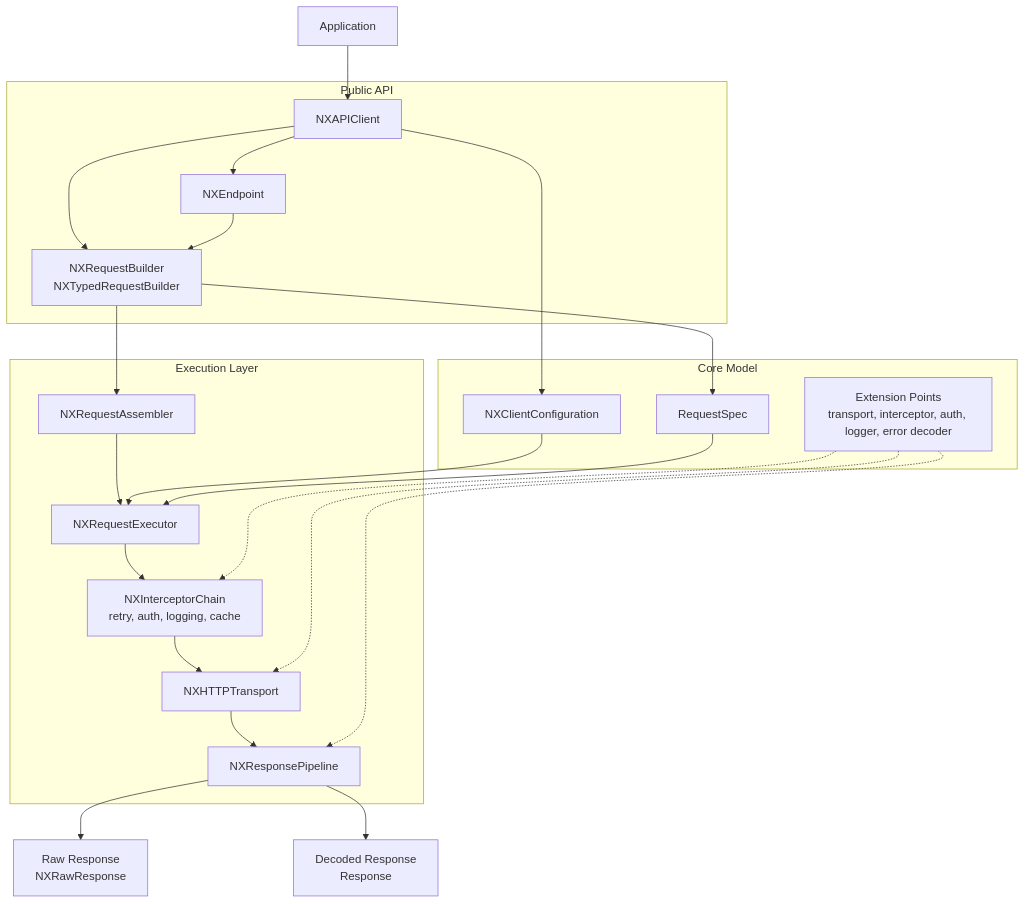
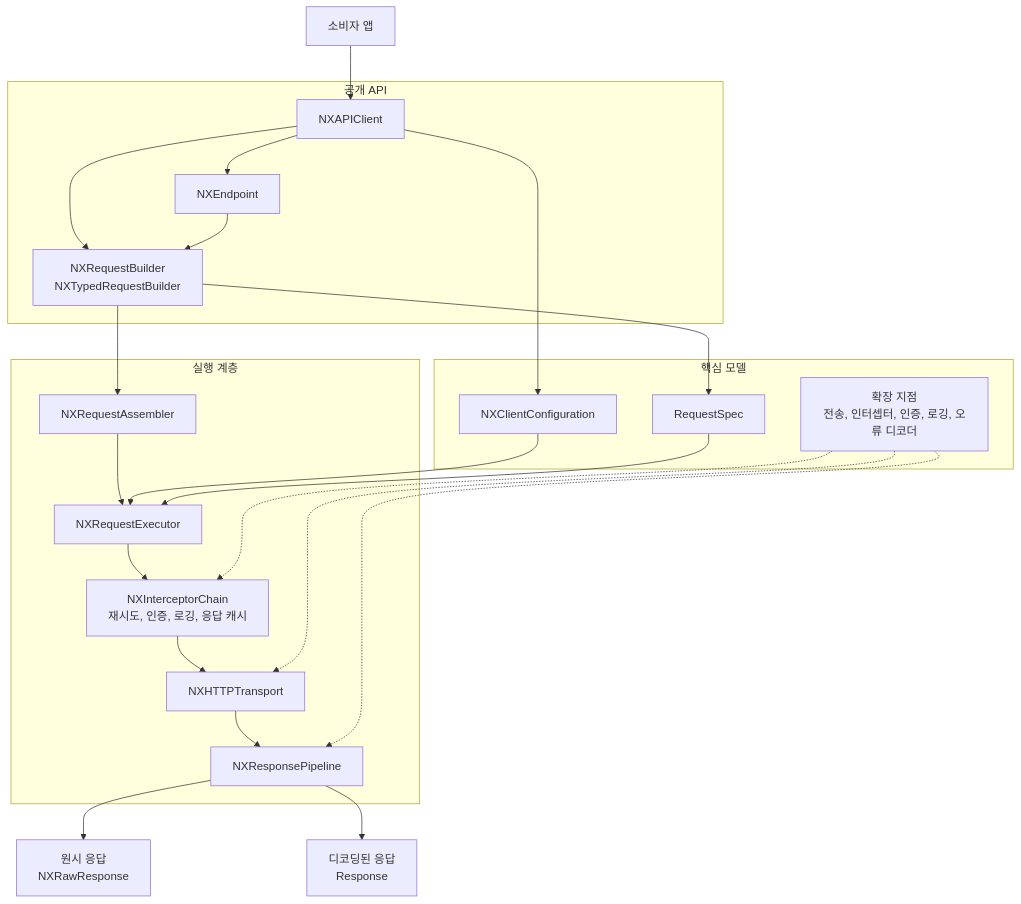
Before and after one commit to opficdev/Nexa: the diagram in README.md, drawn with Mermaid. The commit also changed other lines of this file and 5 other files, not shown here.

````diff
--- a/README.md
+++ b/README.md
@@ -179,41 +179,41 @@
 ```mermaid
 flowchart TB
-    application[Application] --> client[NXAPIClient]
+    application[소비자 앱] --> client[NXAPIClient]
 
-    subgraph publicAPI[Public API]
+    subgraph publicAPI[공개 API]
         client
         builder[NXRequestBuilder<br/>NXTypedRequestBuilder]
         endpoint[NXEndpoint]
         client --> builder
         client --> endpoint
         endpoint --> builder
     end
 
-    subgraph core[Core Model]
+    subgraph core[핵심 모델]
         configuration[NXClientConfiguration]
         requestSpec[RequestSpec]
-        extensionPoints[Extension Points<br/>transport, interceptor, auth, logger, error decoder]
+        extensionPoints[확장 지점<br/>전송, 인터셉터, 인증, 로깅, 오류 디코더]
     end
 
     client --> configuration
     builder --> requestSpec
 
-    subgraph runtime[Execution Layer]
+    subgraph runtime[실행 계층]
         assembler[NXRequestAssembler]
         executor[NXRequestExecutor]
-        interceptors[NXInterceptorChain<br/>retry, auth, logging, cache]
+        interceptors[NXInterceptorChain<br/>재시도, 인증, 로깅, 응답 캐시]
         transport[NXHTTPTransport]
         pipeline[NXResponsePipeline]
     end
 
     builder --> assembler --> executor
     configuration --> executor
     requestSpec --> executor
     executor --> interceptors --> transport --> pipeline
-    pipeline --> rawResponse[Raw Response<br/>NXRawResponse]
-    pipeline --> decodedResponse[Decoded Response<br/>Response]
+    pipeline --> rawResponse[원시 응답<br/>NXRawResponse]
+    pipeline --> decodedResponse[디코딩된 응답<br/>Response]
 
     extensionPoints -.-> interceptors
     extensionPoints -.-> transport
     extensionPoints -.-> pipeline
 ```
````
